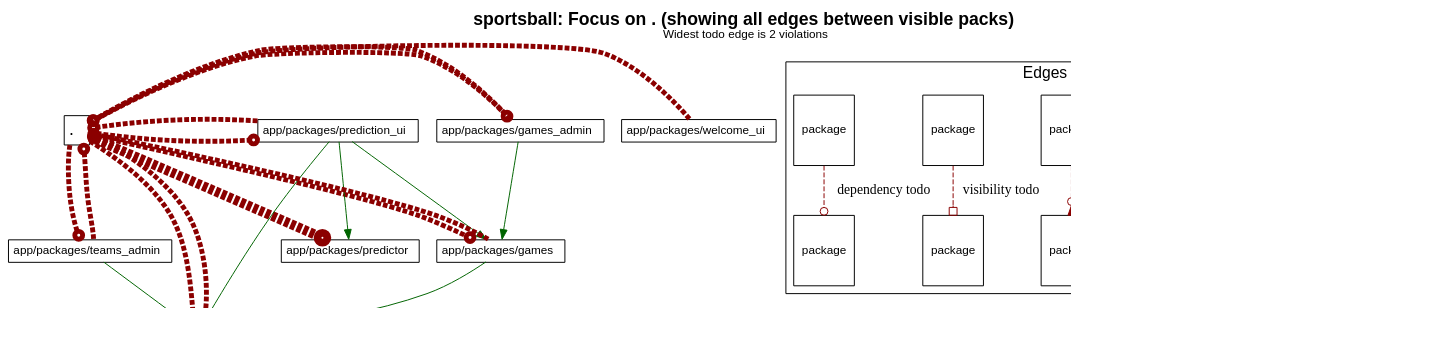
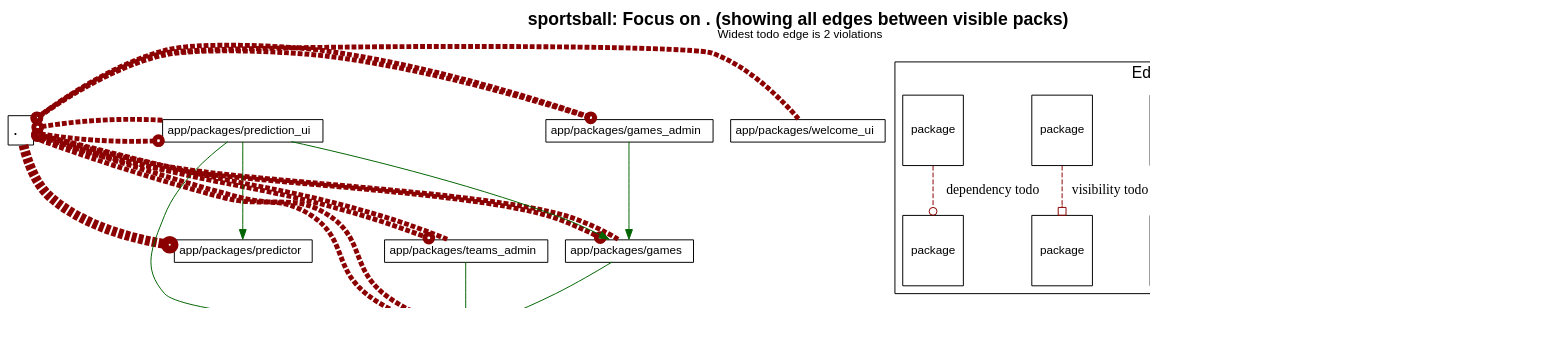
The diagram in c2s03/sportsball/diagrams/..dot (shageman/package-based-rails-applications-book), drawn with Graphviz before and after one commit. The commit also changed other lines of this file and 3 other files, not shown here.

Commit message:
New root package diagrams

```diff
--- a/c2s03/sportsball/diagrams/..dot
+++ b/c2s03/sportsball/diagrams/..dot
@@ -1,192 +1,192 @@
 digraph package_diagram {
   rankdir=TD
   graph [
     labelloc="t"
     fontname="Helvetica,Arial,sans-serif"
     dpi=100
     layout=dot
     label=<<b>sportsball: Focus on . (showing all edges between visible packs)</b><br/><font point-size='12'>Widest todo edge is 2 violations</font>>
     fontsize=18
   ]
   node [
     fontname="Helvetica,Arial,sans-serif"
     fontsize=26.0
     fontcolor=black
     fillcolor=white
     color=black
     height=1.0
     style=filled
     shape=plain
   ]
     subgraph NotInLayer {
       shape=box
       color=darkgrey
       fillcolor=lightblue
       style=filled
         cluster=false
         "." [
             fontsize=18.0
             label= <
                 <table border='0' cellborder='1' cellspacing='0' cellpadding='4'>
                   <tr> <td align='left'> . </td> </tr>
                 </table>
               >
           ]
         
+        "app/packages/games" [
+            fontsize=12.0
+            label= <
+                <table border='0' cellborder='1' cellspacing='0' cellpadding='4'>
+                  <tr> <td align='left'> app/packages/games </td> </tr>
+                </table>
+              >
+          ]
+        
+        "app/packages/games_admin" [
+            fontsize=12.0
+            label= <
+                <table border='0' cellborder='1' cellspacing='0' cellpadding='4'>
+                  <tr> <td align='left'> app/packages/games_admin </td> </tr>
+                </table>
+              >
+          ]
+        
         "app/packages/prediction_ui" [
             fontsize=12.0
             label= <
                 <table border='0' cellborder='1' cellspacing='0' cellpadding='4'>
                   <tr> <td align='left'> app/packages/prediction_ui </td> </tr>
                 </table>
               >
           ]
         
-        "app/packages/games_admin" [
+        "app/packages/predictor" [
             fontsize=12.0
             label= <
                 <table border='0' cellborder='1' cellspacing='0' cellpadding='4'>
-                  <tr> <td align='left'> app/packages/games_admin </td> </tr>
+                  <tr> <td align='left'> app/packages/predictor </td> </tr>
+                </table>
+              >
+          ]
+        
+        "app/packages/teams" [
+            fontsize=12.0
+            label= <
+                <table border='0' cellborder='1' cellspacing='0' cellpadding='4'>
+                  <tr> <td align='left'> app/packages/teams </td> </tr>
                 </table>
               >
           ]
         
         "app/packages/teams_admin" [
             fontsize=12.0
             label= <
                 <table border='0' cellborder='1' cellspacing='0' cellpadding='4'>
                   <tr> <td align='left'> app/packages/teams_admin </td> </tr>
                 </table>
               >
           ]
         
         "app/packages/welcome_ui" [
             fontsize=12.0
             label= <
                 <table border='0' cellborder='1' cellspacing='0' cellpadding='4'>
                   <tr> <td align='left'> app/packages/welcome_ui </td> </tr>
                 </table>
               >
           ]
         
-        "app/packages/games" [
-            fontsize=12.0
-            label= <
-                <table border='0' cellborder='1' cellspacing='0' cellpadding='4'>
-                  <tr> <td align='left'> app/packages/games </td> </tr>
-                </table>
-              >
-          ]
-        
-        "app/packages/teams" [
-            fontsize=12.0
-            label= <
-                <table border='0' cellborder='1' cellspacing='0' cellpadding='4'>
-                  <tr> <td align='left'> app/packages/teams </td> </tr>
-                </table>
-              >
-          ]
-        
-        "app/packages/predictor" [
-            fontsize=12.0
-            label= <
-                <table border='0' cellborder='1' cellspacing='0' cellpadding='4'>
-                  <tr> <td align='left'> app/packages/predictor </td> </tr>
-                </table>
-              >
-          ]
-        
     }
+          "app/packages/games" -> "app/packages/teams" [ color=darkgreen ]
+          "app/packages/games_admin" -> "app/packages/games" [ color=darkgreen ]
           "app/packages/prediction_ui" -> "app/packages/games" [ color=darkgreen ]
           "app/packages/prediction_ui" -> "app/packages/predictor" [ color=darkgreen ]
           "app/packages/prediction_ui" -> "app/packages/teams" [ color=darkgreen ]
-          "app/packages/games_admin" -> "app/packages/games" [ color=darkgreen ]
           "app/packages/teams_admin" -> "app/packages/teams" [ color=darkgreen ]
-          "app/packages/games" -> "app/packages/teams" [ color=darkgreen ]
             "." -> "app/packages/games" [ color=darkred style=dashed
               constraint=false
               # headlabel="dependency"
                 arrowhead=odot
               penwidth=5            ]
             "." -> "app/packages/games_admin" [ color=darkred style=dashed
               constraint=false
               # headlabel="dependency"
                 arrowhead=odot
               penwidth=5            ]
             "." -> "app/packages/prediction_ui" [ color=darkred style=dashed
               constraint=false
               # headlabel="dependency"
                 arrowhead=odot
               penwidth=5            ]
             "." -> "app/packages/predictor" [ color=darkred style=dashed
               constraint=false
               # headlabel="dependency"
                 arrowhead=odot
               penwidth=10            ]
             "." -> "app/packages/teams" [ color=darkred style=dashed
               constraint=false
               # headlabel="dependency"
                 arrowhead=odot
               penwidth=5            ]
             "." -> "app/packages/teams_admin" [ color=darkred style=dashed
               constraint=false
               # headlabel="dependency"
                 arrowhead=odot
               penwidth=5            ]
+            "app/packages/games" -> "." [ color=darkred style=dashed
+              constraint=false
+              # headlabel="dependency"
+                arrowhead=odot
+              penwidth=5            ]
+            "app/packages/games_admin" -> "." [ color=darkred style=dashed
+              constraint=false
+              # headlabel="dependency"
+                arrowhead=odot
+              penwidth=5            ]
             "app/packages/prediction_ui" -> "." [ color=darkred style=dashed
               constraint=false
               # headlabel="dependency"
                 arrowhead=odot
               penwidth=5            ]
-            "app/packages/games_admin" -> "." [ color=darkred style=dashed
+            "app/packages/teams" -> "." [ color=darkred style=dashed
               constraint=false
               # headlabel="dependency"
                 arrowhead=odot
               penwidth=5            ]
             "app/packages/teams_admin" -> "." [ color=darkred style=dashed
               constraint=false
               # headlabel="dependency"
                 arrowhead=odot
               penwidth=5            ]
             "app/packages/welcome_ui" -> "." [ color=darkred style=dashed
-              constraint=false
-              # headlabel="dependency"
-                arrowhead=odot
-              penwidth=5            ]
-            "app/packages/games" -> "." [ color=darkred style=dashed
-              constraint=false
-              # headlabel="dependency"
-                arrowhead=odot
-              penwidth=5            ]
-            "app/packages/teams" -> "." [ color=darkred style=dashed
               constraint=false
               # headlabel="dependency"
                 arrowhead=odot
               penwidth=5            ]
   subgraph cluster_legend {
     fontsize=16
     label="Edges Styles and Arrow Heads"
     A [ fontsize=12 shape=box label="package"]
     B [ fontsize=12 shape=box label="package"]
     C [ fontsize=12 shape=box label="package"]
     D [ fontsize=12 shape=box label="package"]
     E [ fontsize=12 shape=box label="package"]
     F [ fontsize=12 shape=box label="package"]
     G [ fontsize=12 shape=box label="package"]
     H [ fontsize=12 shape=box label="package"]
     I [ fontsize=12 shape=box label="package"]
     J [ fontsize=12 shape=box label="package"]
     A -> B [label="accepted dependency" color=darkgreen]
     C -> D [label="privac todo" color=darkred style=dashed arrowhead=crow]
     E -> F [label="architecture todo" color=darkred style=dashed arrowhead=invodot]
     G -> H [label="visibility todo" color=darkred style=dashed arrowhead=obox]
     I -> J [label="dependency todo" color=darkred style=dashed arrowhead=odot]
   }
   subgraph cluster_teams_legend {
     fontsize=16
     label="Team Colors"
 
 
   }
   J -> "" [style=invis]
 }
```
